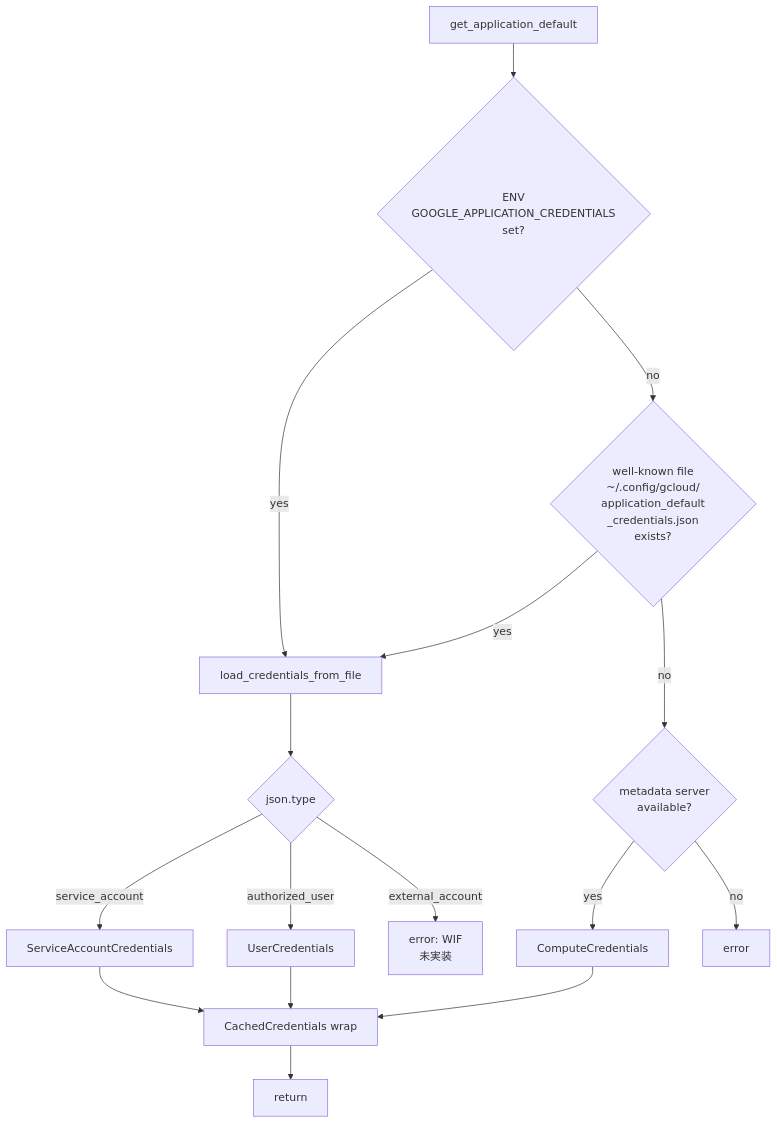
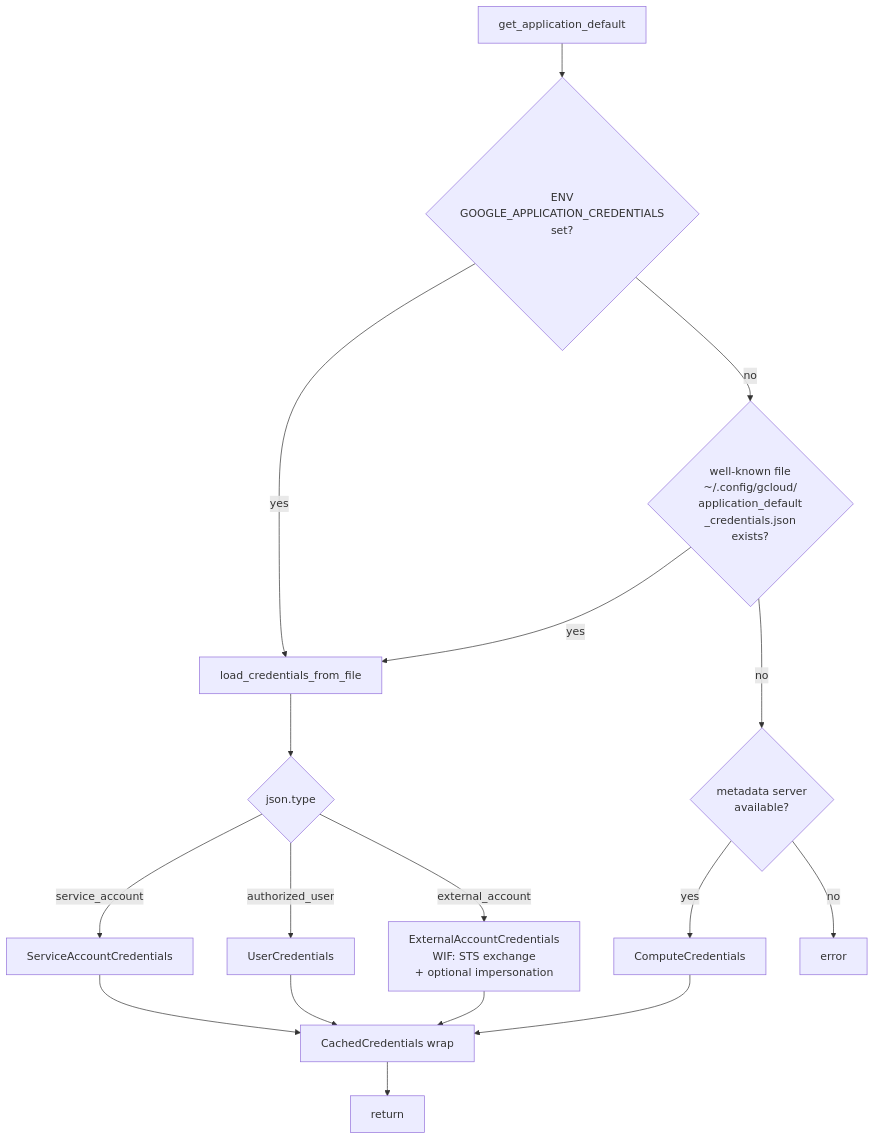
One commit to takuizum/GoogleCloudAPIs.jl changed the seventh of 15 diagrams in ARCHITECTURE.md. Above: the diagram before and after it, drawn with Mermaid. The commit also changed other lines of this file and 1 other file, not shown here.

First line of the commit message:
docs: sync ARCHITECTURE.md/Testing.md with implemented features (#46)

````diff
--- a/ARCHITECTURE.md
+++ b/ARCHITECTURE.md
@@ -401,20 +401,21 @@
 ```mermaid
 flowchart TD
     A[get_application_default] --> B{ENV<br/>GOOGLE_APPLICATION_CREDENTIALS<br/>set?}
     B -- yes --> C[load_credentials_from_file]
     B -- no --> D{well-known file<br/>~/.config/gcloud/<br/>application_default<br/>_credentials.json<br/>exists?}
     D -- yes --> C
     D -- no --> E{metadata server<br/>available?}
     E -- yes --> F[ComputeCredentials]
     E -- no --> G[error]
 
     C --> H{json.type}
     H -- service_account --> I[ServiceAccountCredentials]
     H -- authorized_user --> J[UserCredentials]
-    H -- external_account --> K[error: WIF<br/>未実装]
+    H -- external_account --> K[ExternalAccountCredentials<br/>WIF: STS exchange<br/>+ optional impersonation]
 
     I --> L[CachedCredentials wrap]
     J --> L
+    K --> L
     F --> L
     L --> M[return]
 ```
````
